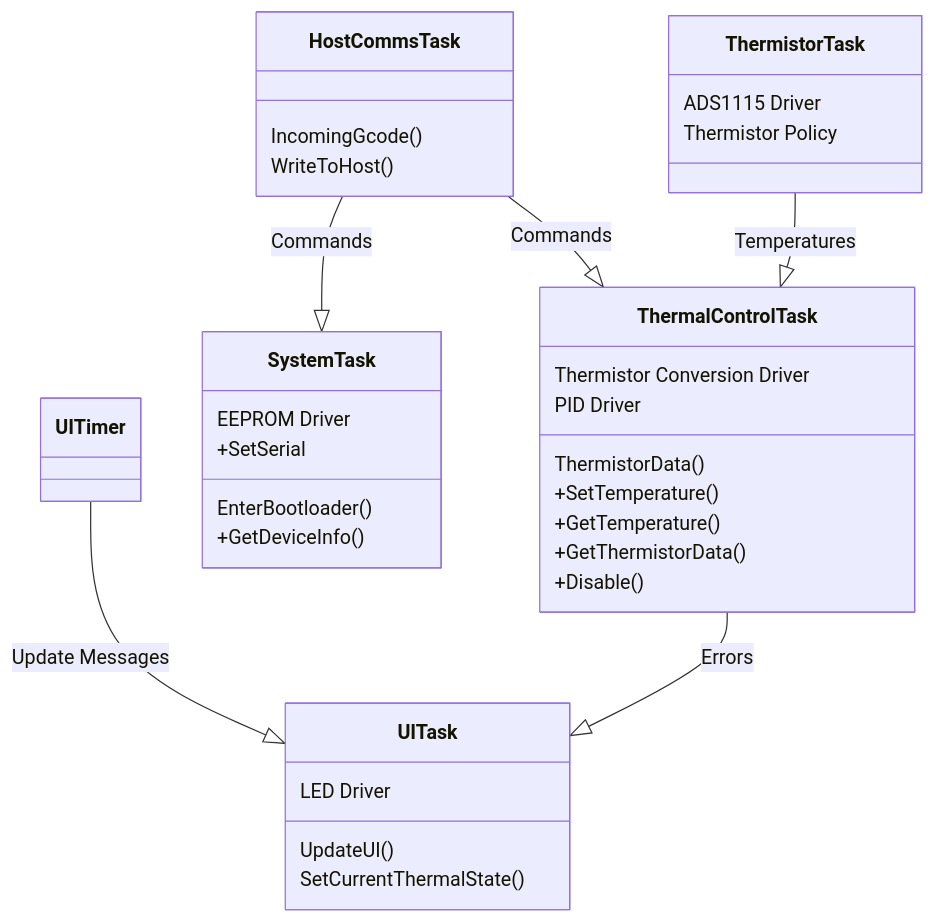
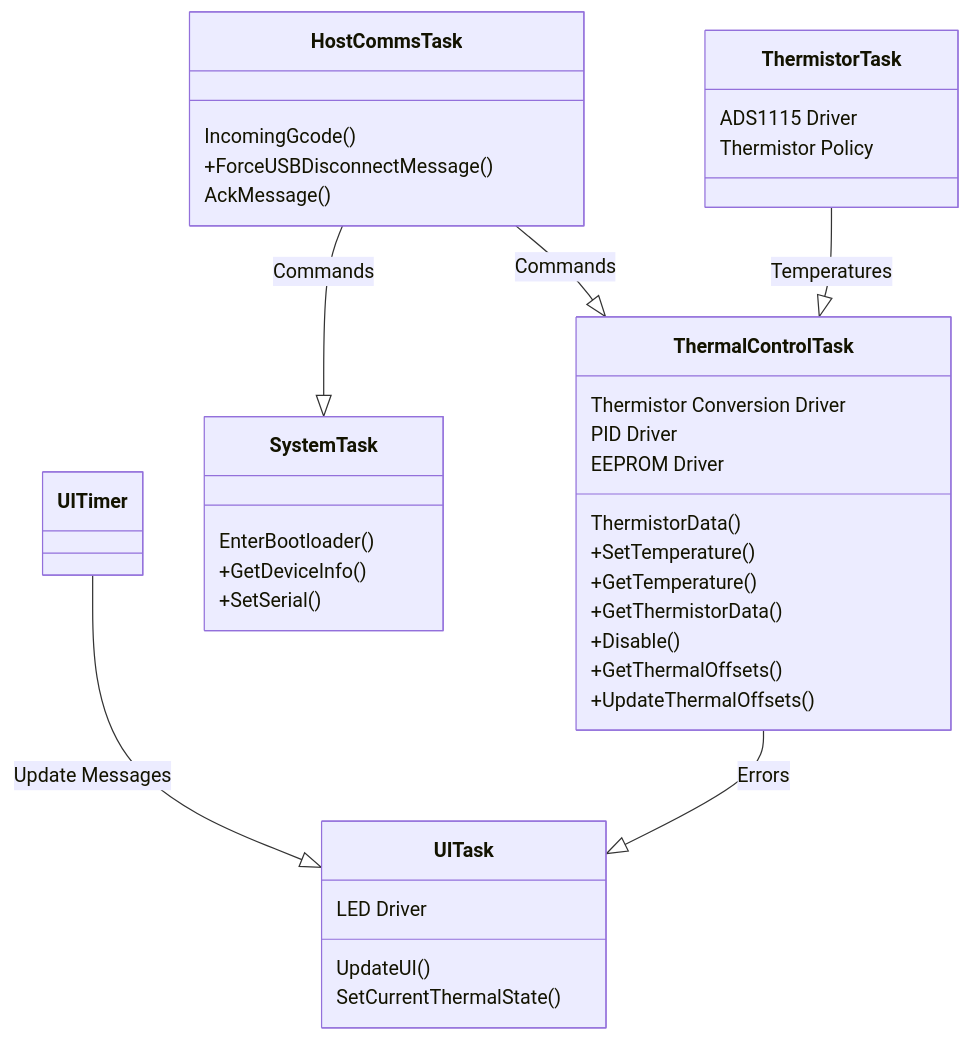
The second of 2 diagrams in stm32-modules/tempdeck-gen3/firmware/README.md (Opentrons/opentrons-modules), drawn with Mermaid before and after one commit. The commit also changed other lines of this file and 5 other files, not shown here.

````diff
--- a/stm32-modules/tempdeck-gen3/firmware/README.md
+++ b/stm32-modules/tempdeck-gen3/firmware/README.md
@@ -46,41 +79,44 @@
 ```mermaid
 classDiagram
     class HostCommsTask {
         IncomingGcode()
-        WriteToHost()
+        +ForceUSBDisconnectMessage()
+        AckMessage()
     }
 
     class UITimer
 
     class UITask {
         LED Driver
         UpdateUI()
         SetCurrentThermalState()
     }
 
     class SystemTask{
-        EEPROM Driver
         EnterBootloader()
         +GetDeviceInfo()
-        +SetSerial
+        +SetSerial()
     }
     class ThermistorTask{
         ADS1115 Driver
         Thermistor Policy
     }
     class ThermalControlTask {
         Thermistor Conversion Driver
         PID Driver
+        EEPROM Driver
         ThermistorData()
         +SetTemperature()
         +GetTemperature()
         +GetThermistorData()
         +Disable()
+        +GetThermalOffsets()
+        +UpdateThermalOffsets()
     }
 
     HostCommsTask --|> SystemTask : Commands
     HostCommsTask --|> ThermalControlTask : Commands
     ThermistorTask --|> ThermalControlTask : Temperatures
     UITimer --|> UITask : Update Messages
     ThermalControlTask --|> UITask : Errors
 ```
````
